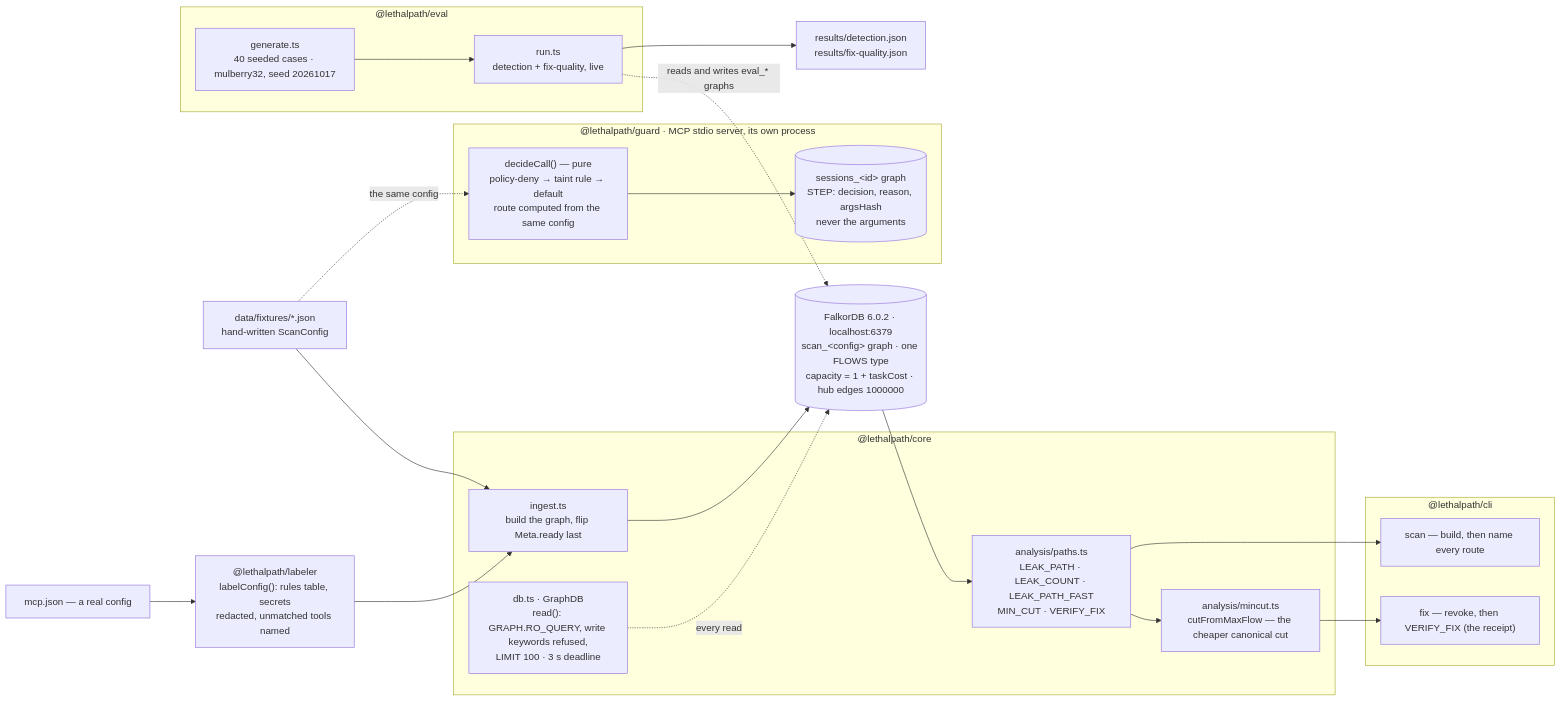
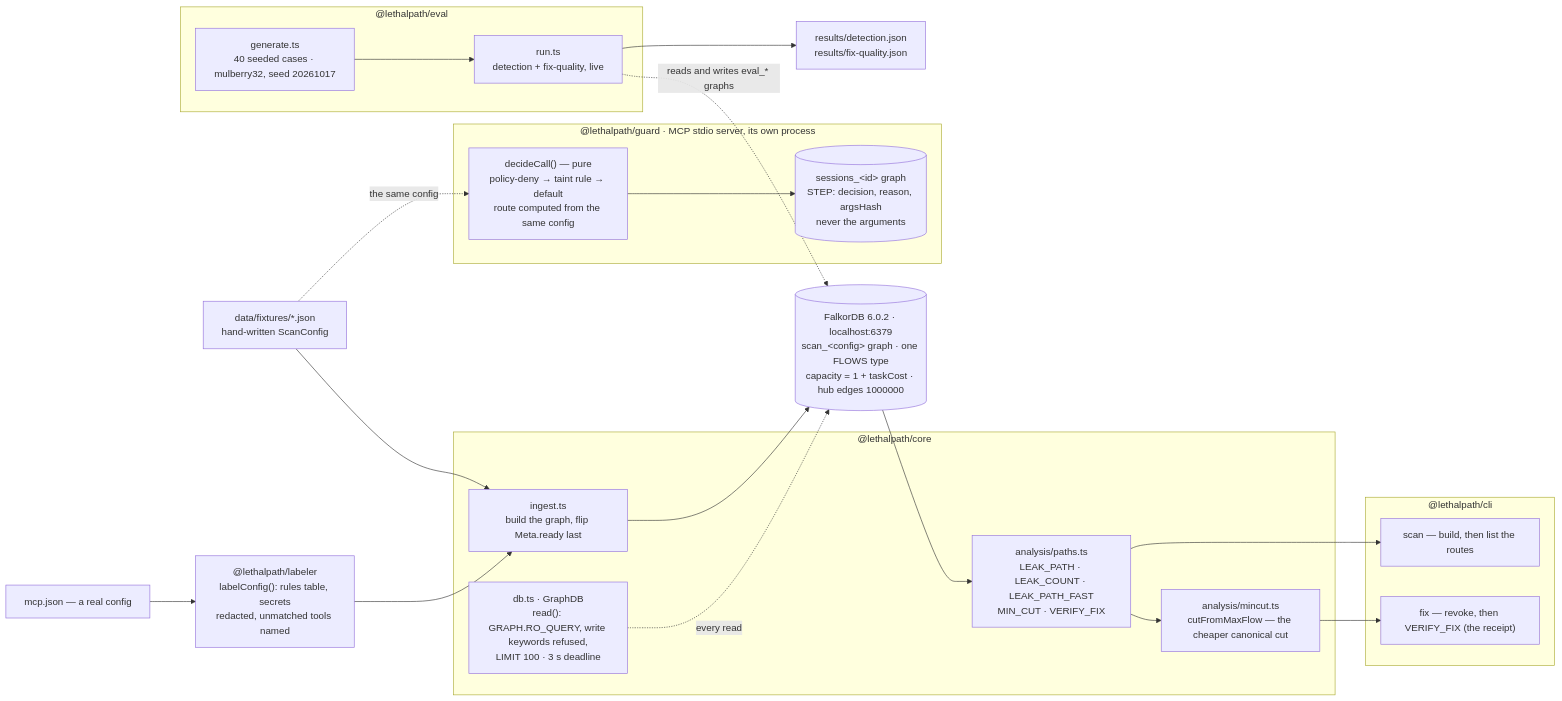
One commit to Bhanu-Nagpure/lethalpath changed the diagram in ARCHITECTURE.md. Above: the diagram before and after it, drawn with Mermaid. The commit also changed other lines of this file and 37 other files, not shown here.

````diff
--- a/ARCHITECTURE.md
+++ b/ARCHITECTURE.md
@@ -20,38 +20,38 @@
 ```mermaid
 flowchart LR
   FX["data/fixtures/*.json<br/>hand-written ScanConfig"] --> ING
   MCP["mcp.json — a real config"] --> LAB["@lethalpath/labeler<br/>labelConfig(): rules table, secrets<br/>redacted, unmatched tools named"]
   LAB --> ING
 
   subgraph CORE["@lethalpath/core"]
     ING["ingest.ts<br/>build the graph, flip Meta.ready last"]
     PATH["analysis/paths.ts<br/>LEAK_PATH · LEAK_COUNT · LEAK_PATH_FAST<br/>MIN_CUT · VERIFY_FIX"]
     CUT["analysis/mincut.ts<br/>cutFromMaxFlow — the cheaper canonical cut"]
     DB["db.ts · GraphDB<br/>read(): GRAPH.RO_QUERY, write keywords refused,<br/>LIMIT 100 · 3 s deadline"]
   end
 
   ING --> FDB[("FalkorDB 6.0.2 · localhost:6379<br/>scan_&lt;config&gt; graph · one FLOWS type<br/>capacity = 1 + taskCost · hub edges 1000000")]
   FDB --> PATH
   PATH --> CUT
   DB -. every read .-> FDB
 
   subgraph CLI["@lethalpath/cli"]
-    SCAN["scan — build, then name every route"]
+    SCAN["scan — build, then list the routes"]
     FIX["fix — revoke, then VERIFY_FIX (the receipt)"]
   end
   PATH --> SCAN
   CUT --> FIX
 
   subgraph GUARD["@lethalpath/guard · MCP stdio server, its own process"]
     DEC["decideCall() — pure<br/>policy-deny → taint rule → default<br/>route computed from the same config"]
     SESS[("sessions_&lt;id&gt; graph<br/>STEP: decision, reason, argsHash<br/>never the arguments")]
   end
   FX -. the same config .-> DEC
   DEC --> SESS
 
   subgraph EVAL["@lethalpath/eval"]
     GEN["generate.ts<br/>40 seeded cases · mulberry32, seed 20261017"] --> RUN["run.ts<br/>detection + fix-quality, live"]
   end
   RUN -. reads and writes eval_* graphs .-> FDB
   RUN --> RES["results/detection.json<br/>results/fix-quality.json"]
 ```
````
